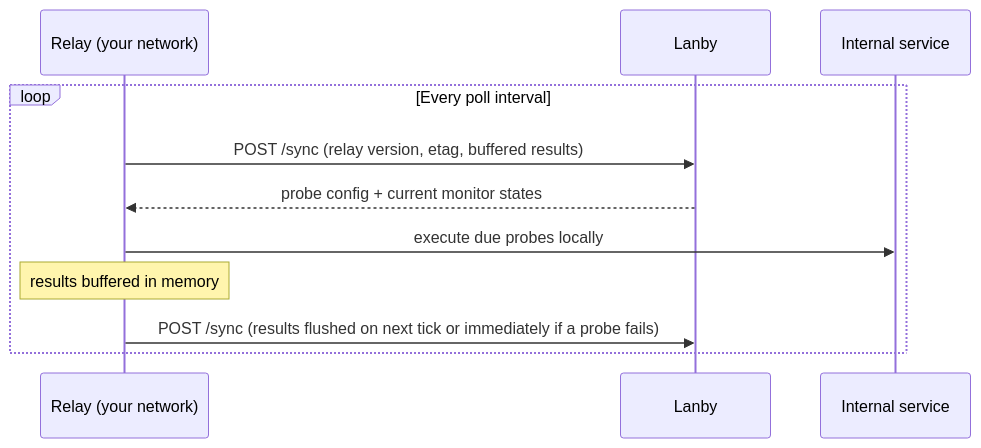
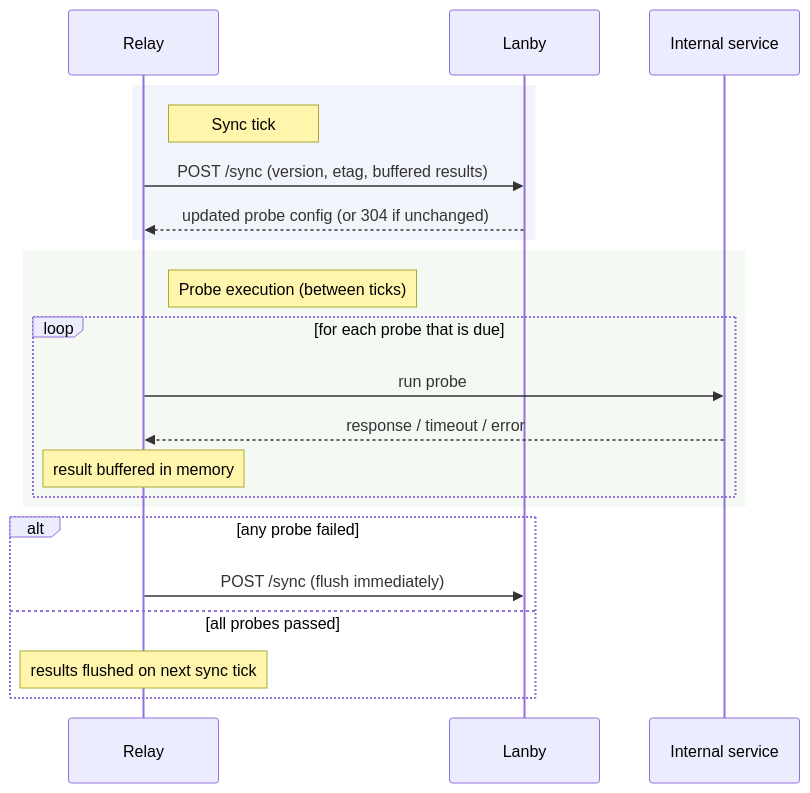
Before and after one commit to lanby-dev/lanby-docs: the diagram in docs/relays.md, drawn with Mermaid. The commit also changed 3 other files, not shown here.

Commit message:
Gaps, fixed diagrams

````diff
--- a/docs/relays.md
+++ b/docs/relays.md
@@ -15,14 +15,27 @@
 ```mermaid
 sequenceDiagram
-    participant R as Relay (your network)
+    participant R as Relay
     participant L as Lanby
     participant S as Internal service
 
-    loop Every poll interval
-        R->>L: POST /sync (relay version, etag, buffered results)
-        L-->>R: probe config + current monitor states
-        R->>S: execute due probes locally
-        note over R: results buffered in memory
-        R->>L: POST /sync (results flushed on next tick or immediately if a probe fails)
+    rect rgba(80,120,200,0.08)
+        note right of R: Sync tick
+        R->>L: POST /sync (version, etag, buffered results)
+        L-->>R: updated probe config (or 304 if unchanged)
+    end
+
+    rect rgba(120,180,120,0.08)
+        note right of R: Probe execution (between ticks)
+        loop for each probe that is due
+            R->>S: run probe
+            S-->>R: response / timeout / error
+            note over R: result buffered in memory
+        end
+    end
+
+    alt any probe failed
+        R->>L: POST /sync (flush immediately)
+    else all probes passed
+        note over R: results flushed on next sync tick
     end
 ```
````
